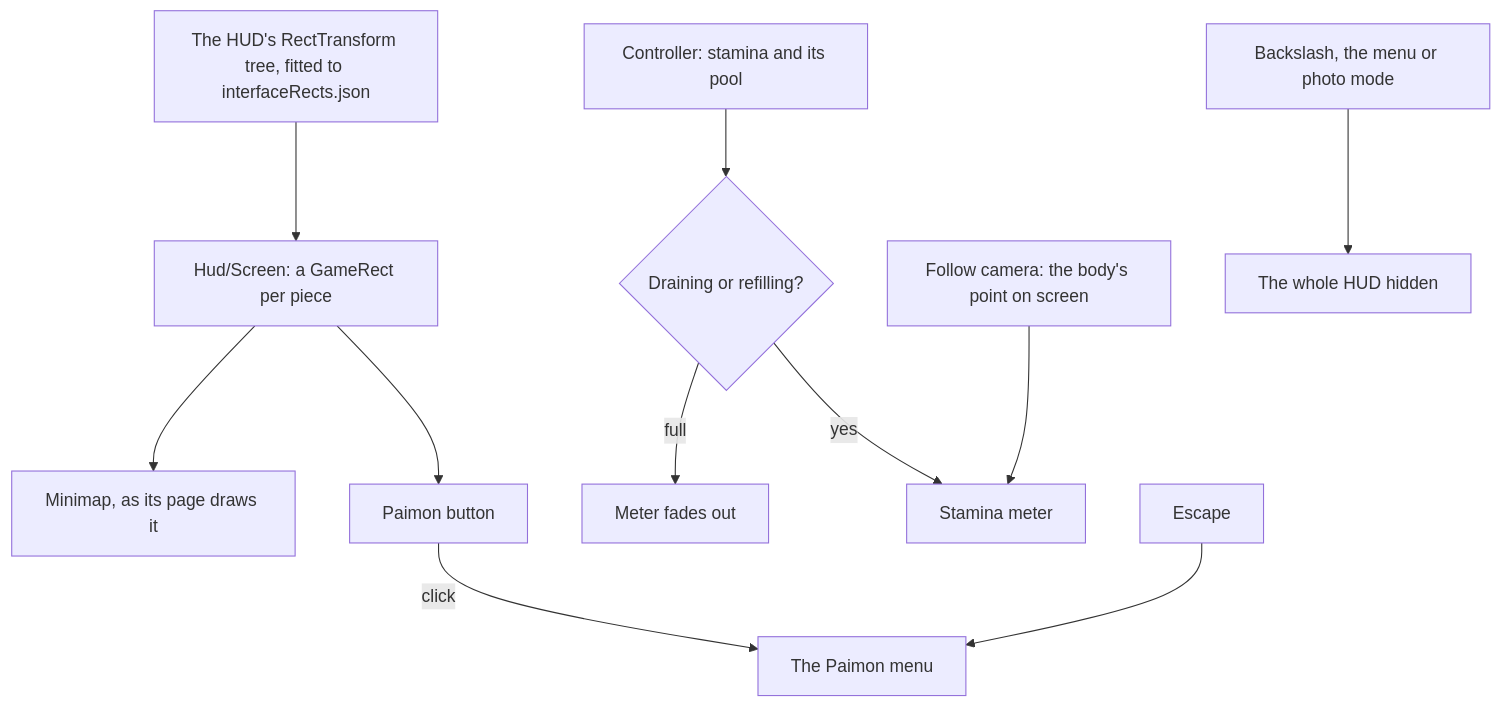
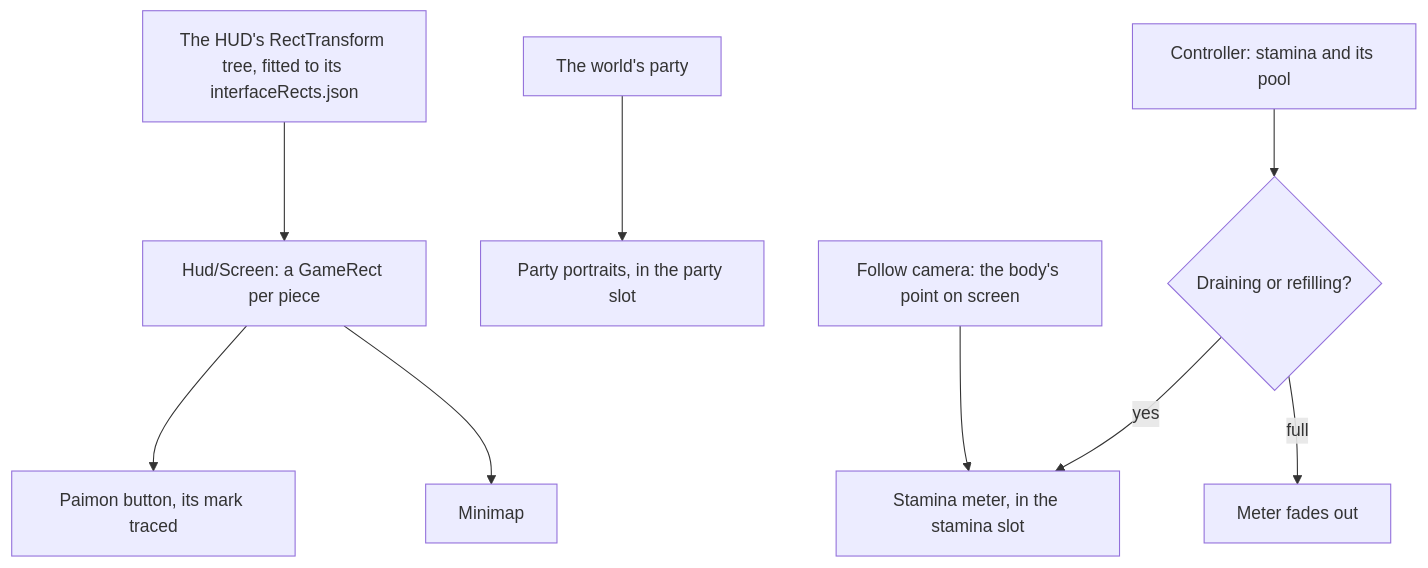
Before and after one commit to Esposter/Esposter: the diagram in apps/web/content/docs/proposals/genshin/hud.md, drawn with Mermaid. The commit also changed other lines of this file and 13 other files, not shown here.

Commit message:
docs(genshin): the map, the minimap, the HUD and the touch controls are as-built pages, exploring and the HUD's proposals keep only what is unbuilt, and the teleport's fade is queued for measuring

````diff
--- a/apps/web/content/docs/proposals/genshin/hud.md
+++ b/apps/web/content/docs/proposals/genshin/hud.md
@@ -22,13 +21,11 @@
 ```mermaid
 flowchart TD
-  TREE["The HUD's RectTransform tree, fitted to interfaceRects.json"] --> SCR["Hud/Screen: a GameRect per piece"]
-  SCR --> PB["Paimon button"]
-  SCR --> MM["Minimap, as its page draws it"]
+  TREE["The HUD's RectTransform tree, fitted to its interfaceRects.json"] --> SCR["Hud/Screen: a GameRect per piece"]
+  SCR --> PB["Paimon button, its mark traced"]
+  SCR --> MM["Minimap"]
+  PARTY["The world's party"] --> PL["Party portraits, in the party slot"]
   CC["Controller: stamina and its pool"] --> SHOWN{"Draining or refilling?"}
-  SHOWN -->|"yes"| SM["Stamina meter"]
+  SHOWN -->|"yes"| SM["Stamina meter, in the stamina slot"]
   SHOWN -->|"full"| HIDE["Meter fades out"]
   FC["Follow camera: the body's point on screen"] --> SM
-  PB -->|"click"| MENU["The Paimon menu"]
-  ESC["Escape"] --> MENU
-  KEY["Backslash, the menu or photo mode"] --> OFF["The whole HUD hidden"]
 ```
````
